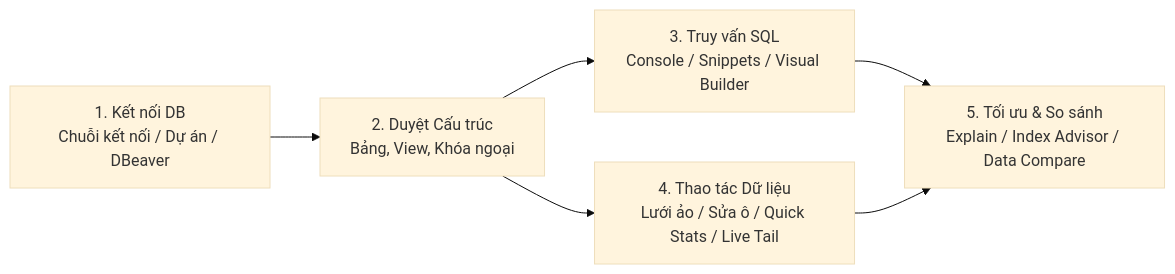
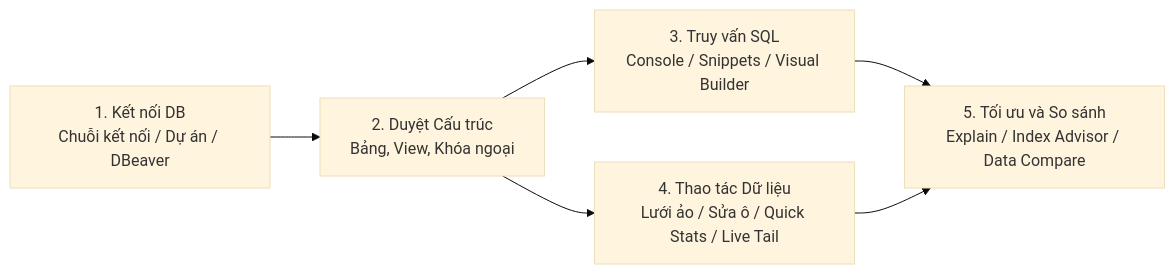
Before and after one commit to bakaryuu1997-sys/Tabularis: the first of 6 diagrams in HUONG_DAN_SU_DUNG.md, drawn with Mermaid (base theme). The commit also changed other lines of this file and 2 other files, not shown here.

````diff
--- a/HUONG_DAN_SU_DUNG.md
+++ b/HUONG_DAN_SU_DUNG.md
@@ -6,8 +6,8 @@
 ```mermaid
 flowchart LR
   A["1. Kết nối DB<br/>Chuỗi kết nối / Dự án / DBeaver"] --> B["2. Duyệt Cấu trúc<br/>Bảng, View, Khóa ngoại"]
   B --> C["3. Truy vấn SQL<br/>Console / Snippets / Visual Builder"]
   B --> D["4. Thao tác Dữ liệu<br/>Lưới ảo / Sửa ô / Quick Stats / Live Tail"]
-  C --> E["5. Tối ưu & So sánh<br/>Explain / Index Advisor / Data Compare"]
+  C --> E["5. Tối ưu và So sánh<br/>Explain / Index Advisor / Data Compare"]
   D --> E
 ```
````
